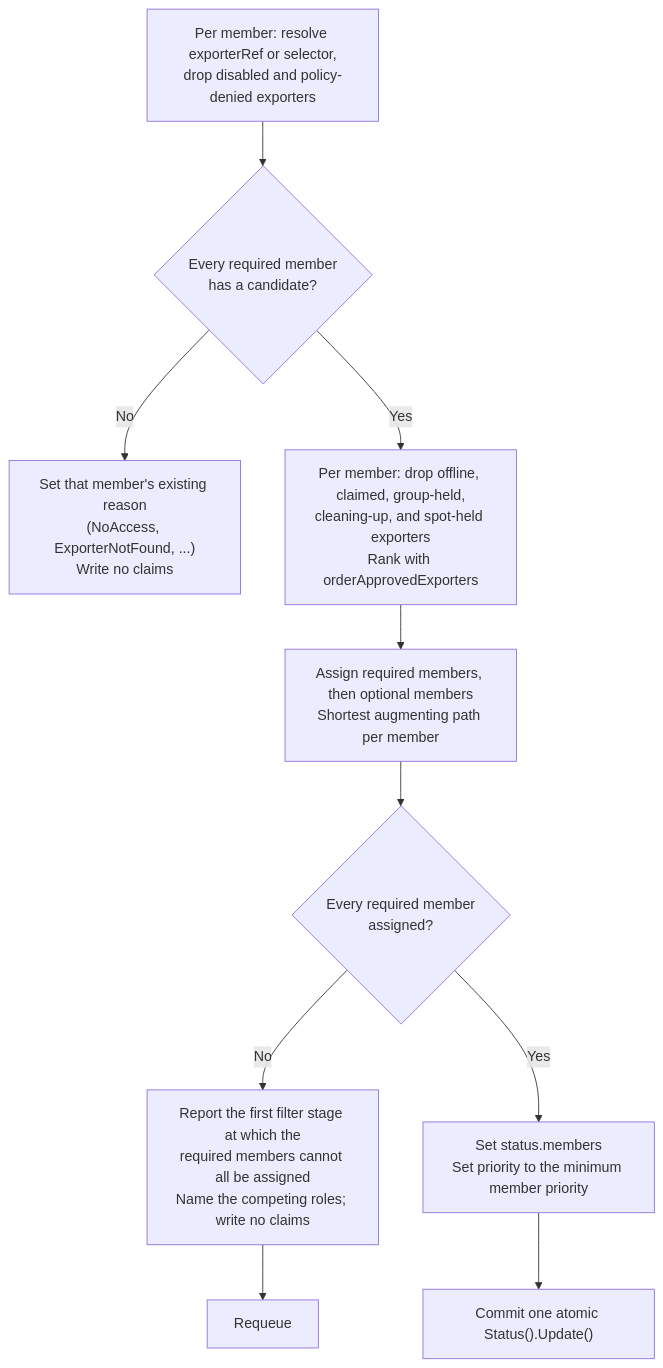
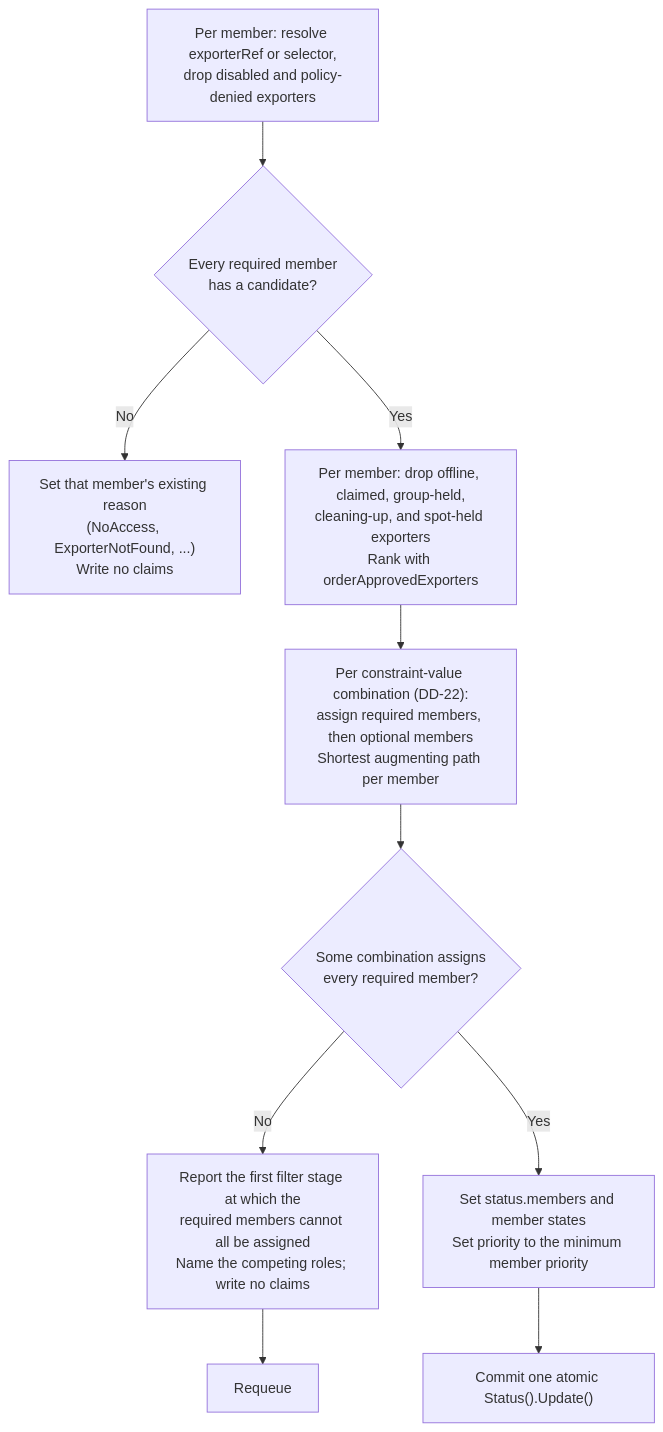
Before and after one commit to jumpstarter-dev/jumpstarter: the second of 3 diagrams in docs/source/contributing/jeps/JEP-0015-multi-exporter-leases-port-forwarding.md, drawn with Mermaid. The commit also changed other lines of this file, not shown here.

````diff
--- a/docs/source/contributing/jeps/JEP-0015-multi-exporter-leases-port-forwarding.md
+++ b/docs/source/contributing/jeps/JEP-0015-multi-exporter-leases-port-forwarding.md
@@ -1514,19 +2539,19 @@
 ```{mermaid}
 flowchart TD
     resolve["Per member: resolve exporterRef or selector,<br/>drop disabled and policy-denied exporters"]
     precheck{"Every required member<br/>has a candidate?"}
     reject["Set that member's existing reason<br/>(NoAccess, ExporterNotFound, ...)<br/>Write no claims"]
     filter["Per member: drop offline, claimed, group-held,<br/>cleaning-up, and spot-held exporters<br/>Rank with orderApprovedExporters"]
-    assign["Assign required members, then optional members<br/>Shortest augmenting path per member"]
-    complete{"Every required member<br/>assigned?"}
+    assign["Per constraint-value combination (DD-22):<br/>assign required members, then optional members<br/>Shortest augmenting path per member"]
+    complete{"Some combination assigns<br/>every required member?"}
     classify["Report the first filter stage at which the<br/>required members cannot all be assigned<br/>Name the competing roles; write no claims"]
     requeue["Requeue"]
-    bind["Set status.members<br/>Set priority to the minimum member priority"]
+    bind["Set status.members and member states<br/>Set priority to the minimum member priority"]
     commit["Commit one atomic Status().Update()"]
 
     resolve --> precheck
     precheck -->|No| reject
     precheck -->|Yes| filter --> assign --> complete
     complete -->|No| classify --> requeue
     complete -->|Yes| bind --> commit
 ```
````
